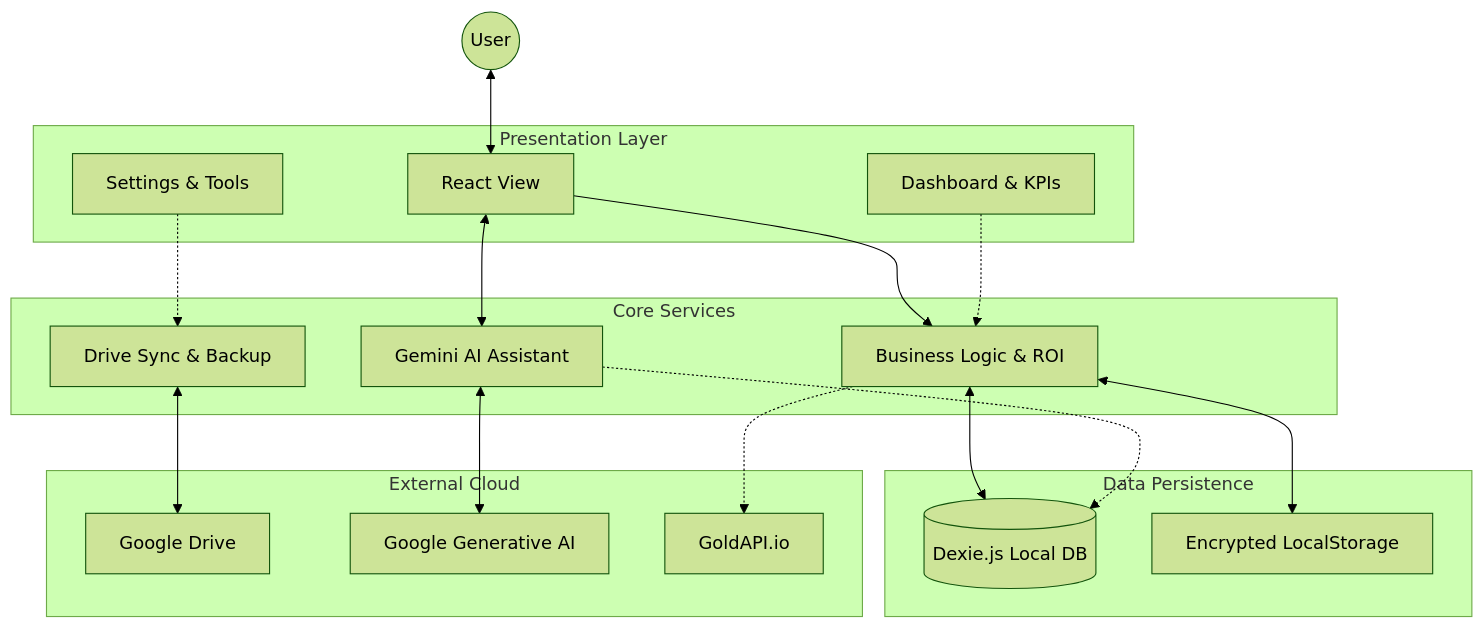
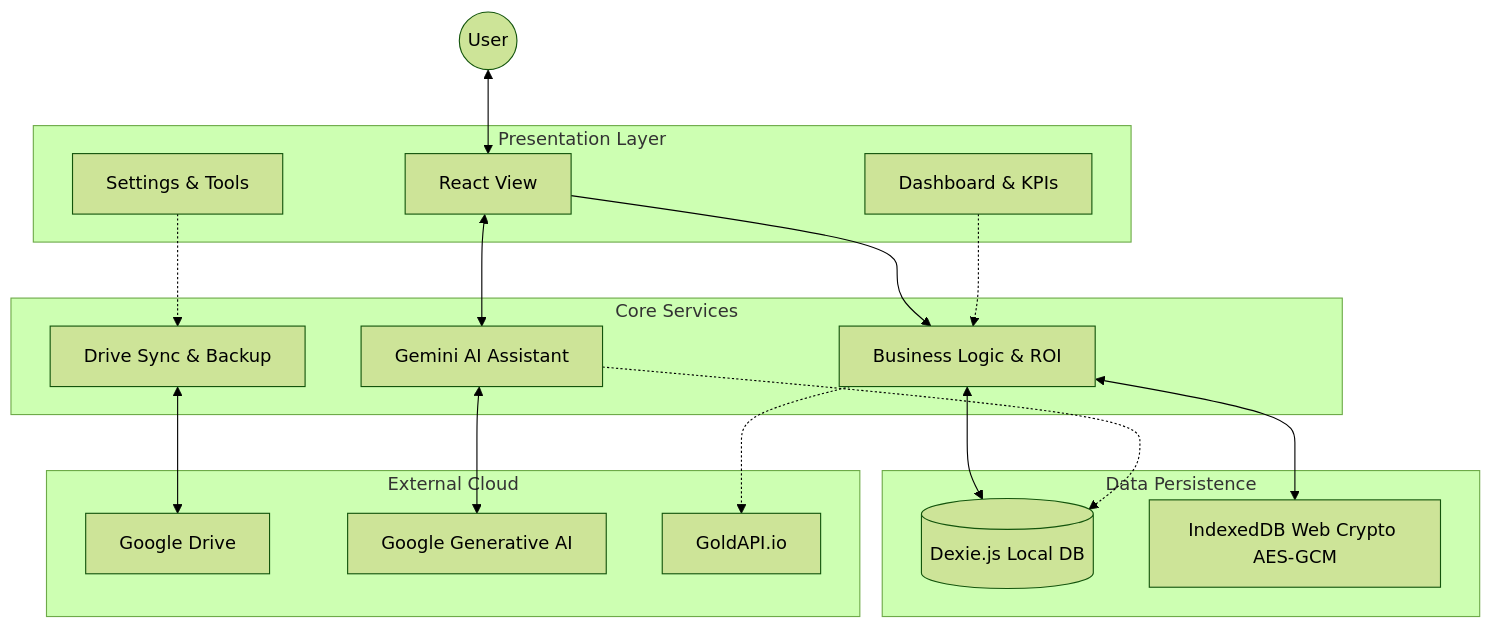
One commit to swapnil-bhamat/Personal-Finance-PWA changed the diagram in README.md. Above: the diagram before and after it, drawn with Mermaid (forest theme). The commit also changed other lines of this file and 181 other files, not shown here.

````diff
--- a/README.md
+++ b/README.md
@@ -46,47 +46,47 @@
 ```mermaid
 graph TD
     User((User))
 
     subgraph "Presentation Layer"
         UI[React View]
         Dashboard[Dashboard & KPIs]
         Settings[Settings & Tools]
     end
 
     subgraph "Core Services"
         Logic[Business Logic & ROI]
         AI[Gemini AI Assistant]
         Sync[Drive Sync & Backup]
     end
 
     subgraph "Data Persistence"
         IndexedDB[(Dexie.js Local DB)]
-        EncryptedConfig[Encrypted LocalStorage]
+        EncryptedConfig[IndexedDB Web Crypto AES-GCM]
     end
 
     subgraph "External Cloud"
         GDrive[Google Drive]
         GeminiAPI[Google Generative AI]
         GoldAPI[GoldAPI.io]
     end
 
     %% Flow
     User <--> UI
     UI --> Logic
 
     Logic <--> IndexedDB
     Logic <--> EncryptedConfig
 
     %% Features
     Dashboard -.-> Logic
     Settings -.-> Sync
 
     %% AI Flow
     UI <--> AI
     AI <--> GeminiAPI
     AI -.-> IndexedDB
 
     %% External Integrations
     Sync <--> GDrive
     Logic -.-> GoldAPI
 ```
````
